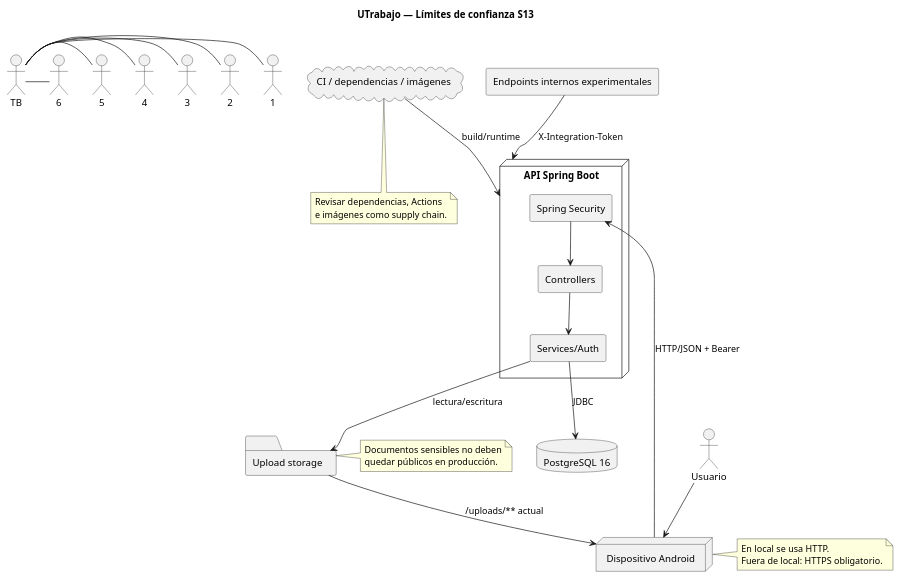
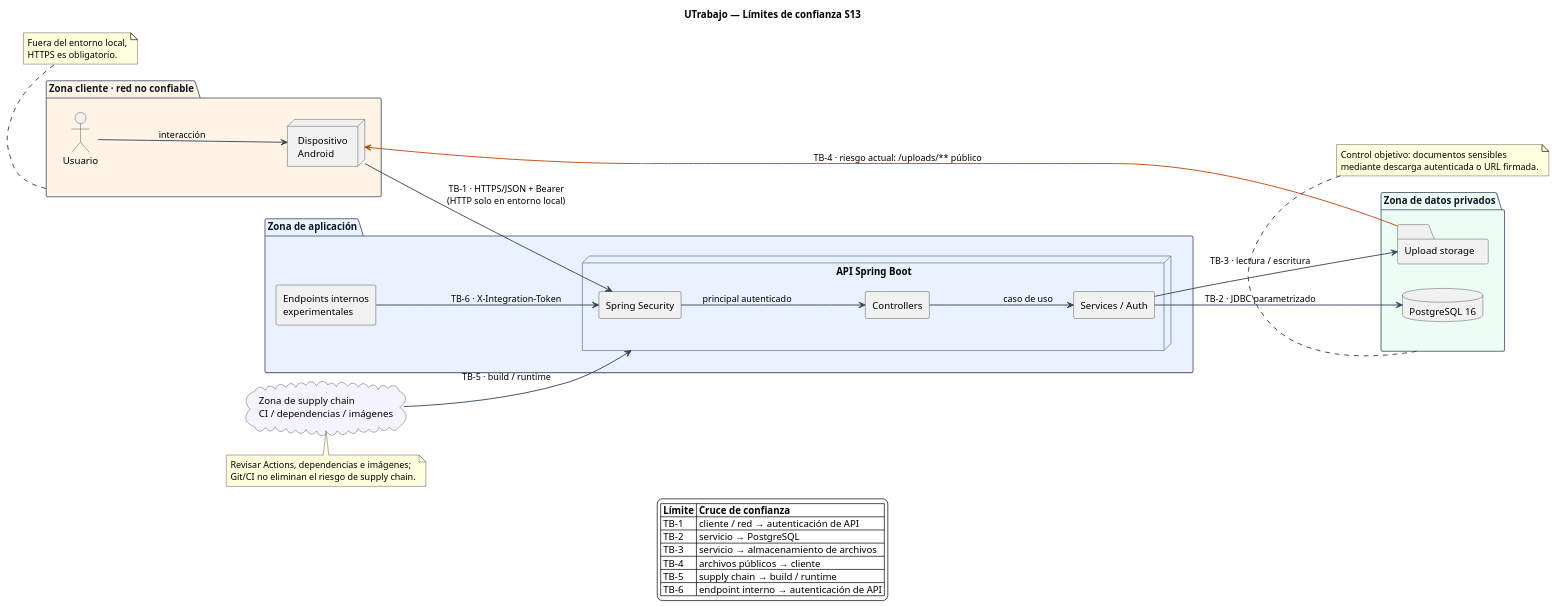
The diagram in docs/security/trust-boundaries-s13.puml (plantedseeker/Proyectlo_Arquitectura_software), drawn with PlantUML before and after one commit. The commit also changed 12 other files, not shown here.

Commit message:
docs(s13-s14): renderizar diagramas de evidencia

```diff
--- a/docs/security/trust-boundaries-s13.puml
+++ b/docs/security/trust-boundaries-s13.puml
@@ -1,48 +1,72 @@
 @startuml
 title UTrabajo — Límites de confianza S13
+left to right direction
+
+skinparam backgroundColor #FFFFFF
 skinparam shadowing false
+skinparam defaultFontName "Segoe UI"
 skinparam componentStyle rectangle
+skinparam ArrowColor #344054
+skinparam ArrowThickness 1.3
+skinparam packageBorderColor #667085
+skinparam packageFontColor #101828
+skinparam packageFontStyle bold
 
-actor "Usuario" as User
-node "Dispositivo Android" as Android
-node "API Spring Boot" as API {
-  component "Spring Security" as Sec
-  component "Controllers" as Ctrl
-  component "Services/Auth" as Svc
+package "Zona cliente · red no confiable" as ClientZone #FFF4E5 {
+  actor "Usuario" as User
+  node "Dispositivo\nAndroid" as Android
+  User --> Android : interacción
 }
-database "PostgreSQL 16" as DB
-folder "Upload storage" as Files
-cloud "CI / dependencias / imágenes" as Supply
-component "Endpoints internos experimentales" as Internal
 
-User --> Android
-Android --> Sec : HTTP/JSON + Bearer
-TB-1
-Sec --> Ctrl
-Ctrl --> Svc
-Svc --> DB : JDBC
-TB-2
-Svc --> Files : lectura/escritura
-TB-3
-Files --> Android : /uploads/** actual
-TB-4
-Supply --> API : build/runtime
-TB-5
-Internal --> API : X-Integration-Token
-TB-6
+package "Zona de aplicación" as AppZone #EAF2FF {
+  node "API Spring Boot" as API {
+    component "Spring Security" as Sec
+    component "Controllers" as Ctrl
+    component "Services / Auth" as Svc
 
-note right of Android
-En local se usa HTTP.
-Fuera de local: HTTPS obligatorio.
+    Sec --> Ctrl : principal autenticado
+    Ctrl --> Svc : caso de uso
+  }
+
+  component "Endpoints internos\nexperimentales" as Internal
+}
+
+package "Zona de datos privados" as DataZone #ECFDF3 {
+  database "PostgreSQL 16" as DB
+  folder "Upload storage" as Files
+}
+
+cloud "Zona de supply chain\nCI / dependencias / imágenes" as Supply #F4F3FF
+
+Android --> Sec : TB-1 · HTTPS/JSON + Bearer\n(HTTP solo en entorno local)
+Svc --> DB : TB-2 · JDBC parametrizado
+Svc --> Files : TB-3 · lectura / escritura
+Files -[#C2410C]-> Android : TB-4 · riesgo actual: /uploads/** público
+Supply --> API : TB-5 · build / runtime
+Internal --> Sec : TB-6 · X-Integration-Token
+
+note bottom of ClientZone
+Fuera del entorno local,
+HTTPS es obligatorio.
 end note
 
-note right of Files
-Documentos sensibles no deben
-quedar públicos en producción.
+note bottom of DataZone
+Control objetivo: documentos sensibles
+mediante descarga autenticada o URL firmada.
 end note
 
 note bottom of Supply
-Revisar dependencias, Actions
-e imágenes como supply chain.
+Revisar Actions, dependencias e imágenes;
+Git/CI no eliminan el riesgo de supply chain.
 end note
+
+legend bottom
+  |= Límite |= Cruce de confianza |
+  | TB-1 | cliente / red → autenticación de API |
+  | TB-2 | servicio → PostgreSQL |
+  | TB-3 | servicio → almacenamiento de archivos |
+  | TB-4 | archivos públicos → cliente |
+  | TB-5 | supply chain → build / runtime |
+  | TB-6 | endpoint interno → autenticación de API |
+endlegend
 @enduml
```
